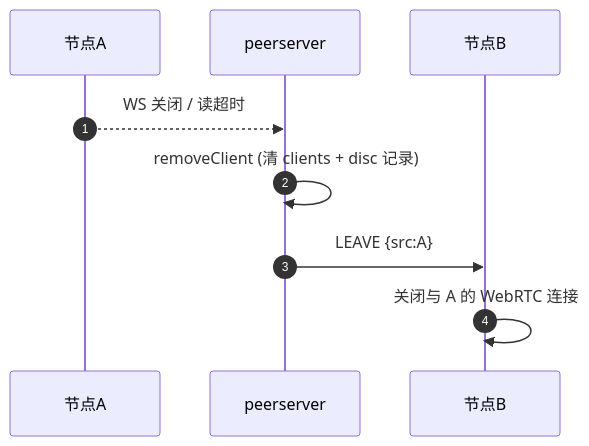
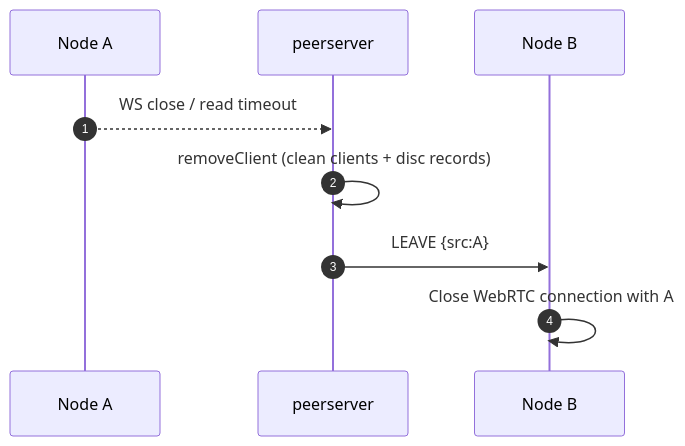
Before and after one commit to Hana-ame/peerdrive: the third of 6 diagrams in doc/PEERSIGNAL.md, drawn with Mermaid. The commit also changed other lines of this file and 357 other files, not shown here.

````diff
--- a/doc/PEERSIGNAL.md
+++ b/doc/PEERSIGNAL.md
@@ -163,12 +163,12 @@
 ```mermaid
 sequenceDiagram
     autonumber
-    participant A as 节点A
+    participant A as Node A
     participant S as peerserver
-    participant B as 节点B
+    participant B as Node B
 
-    A-->>S: WS 关闭 / 读超时
-    S->>S: removeClient (清 clients + disc 记录)
+    A-->>S: WS close / read timeout
+    S->>S: removeClient (clean clients + disc records)
     S->>B: LEAVE {src:A}
-    B->>B: 关闭与 A 的 WebRTC 连接
+    B->>B: Close WebRTC connection with A
 ```
````
